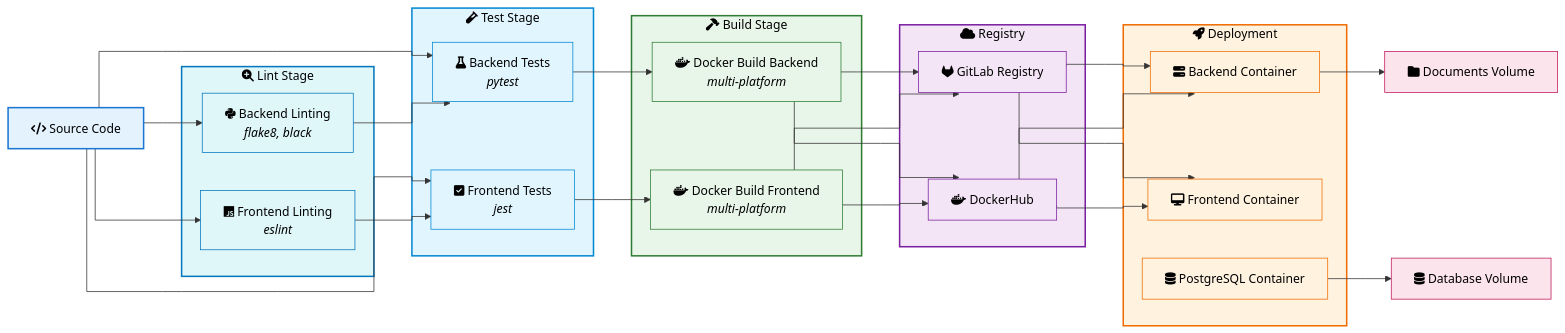
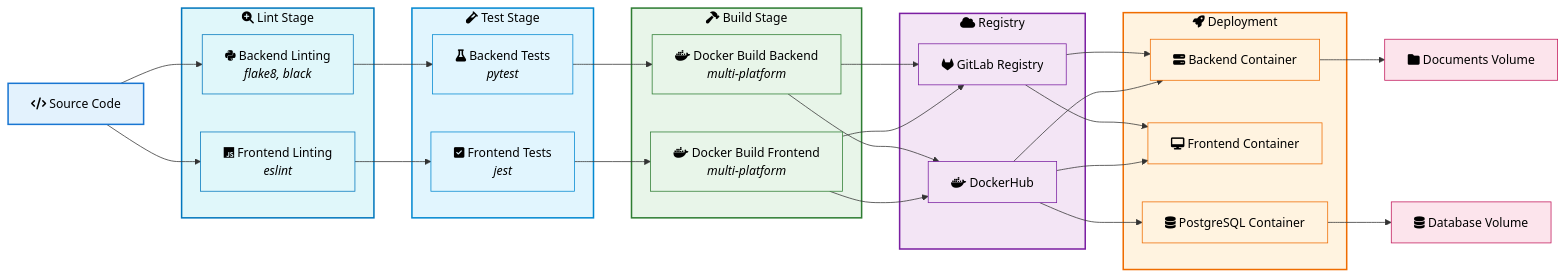
The fourth of 4 diagrams in doc/archi.md (Bollemii/Master-thesis-Files-indexer), drawn with Mermaid before and after one commit. The commit also changed 7 other files, not shown here.

Commit message:
Diagram update

````diff
--- a/doc/archi.md
+++ b/doc/archi.md
@@ -228,5 +228,4 @@
 ```mermaid
-%%{ init:{'flowchart':{'curve': 'stepBefore'}}}%%
 flowchart LR
     %% Source code
     Source["fa:fa-code Source Code"]
@@ -274,8 +273,6 @@
     %% Connections
     Source --> LintB
     Source --> LintF
-    Source --> TestB
-    Source --> TestF
     
     LintB --> TestB
     LintF --> TestF
@@ -292,6 +289,7 @@
     GitlabRegistry --> FrontendContainer
     DockerHubRegistry --> BackendContainer
     DockerHubRegistry --> FrontendContainer
+    DockerHubRegistry --> PostgreContainer
     
     BackendContainer --> DocumentsVolume
     PostgreContainer --> DBVolume
````
